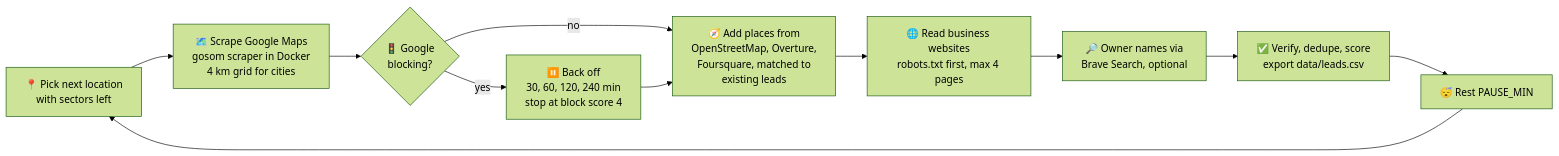
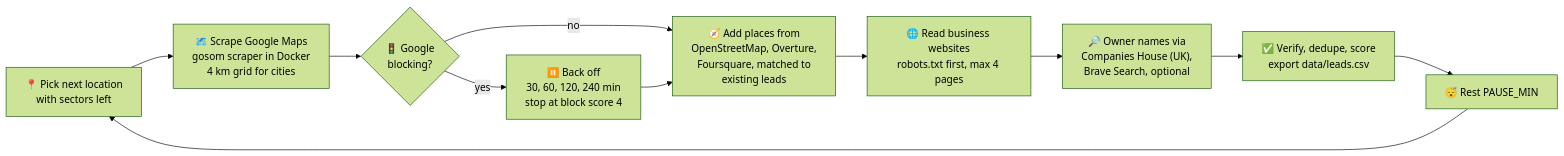
Before and after one commit to Sahilsonii/Lead-Watch: the diagram in README.md, drawn with Mermaid (forest theme). The commit also changed other lines of this file and 13 other files, not shown here.

First line of the commit message:
feat: owner names from more places, Excel history, live feed controls

````diff
--- a/README.md
+++ b/README.md
@@ -50,13 +50,13 @@
 ```mermaid
 flowchart LR
     A["📍 Pick next location<br/>with sectors left"] --> B["🗺️ Scrape Google Maps<br/>gosom scraper in Docker<br/>4 km grid for cities"]
     B --> C{"🚦 Google<br/>blocking?"}
     C -- yes --> P["⏸️ Back off<br/>30, 60, 120, 240 min<br/>stop at block score 4"]
     C -- no --> S["🧭 Add places from<br/>OpenStreetMap, Overture,<br/>Foursquare, matched to<br/>existing leads"]
     P --> S
     S --> D["🌐 Read business websites<br/>robots.txt first, max 4 pages"]
-    D --> E["🔎 Owner names via<br/>Brave Search, optional"]
+    D --> E["🔎 Owner names via<br/>Companies House (UK),<br/>Brave Search, optional"]
     E --> F["✅ Verify, dedupe, score<br/>export data/leads.csv"]
     F --> R["😴 Rest PAUSE_MIN"]
     R --> A
 ```
````
